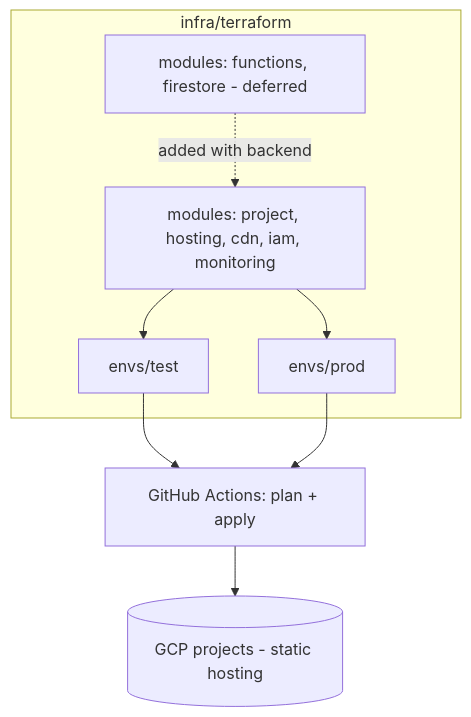
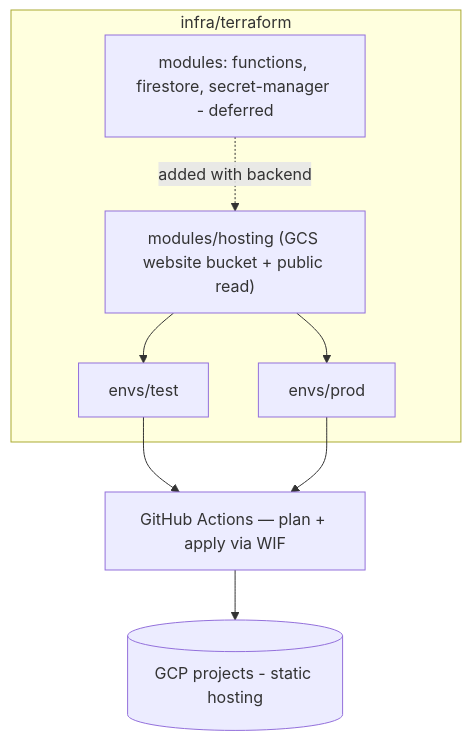
One commit to levijsbris/Bidding-Box changed the ninth of 14 diagrams in docs/ARCHITECTURE.md. Above: the diagram before and after it, drawn with Mermaid. The commit also changed other lines of this file and 4 other files, not shown here.

First line of the commit message:
Revise architecture docs to as-built; refresh C4 + cloud diagrams

````diff
--- a/docs/ARCHITECTURE.md
+++ b/docs/ARCHITECTURE.md
@@ -307,15 +362,15 @@
 ```mermaid
 flowchart TD
     subgraph TF[infra/terraform]
-        Mods[modules: project, hosting, cdn, iam, monitoring]
+        Mod["modules/hosting (GCS website bucket + public read)"]
         Test[envs/test]
         Prod[envs/prod]
-        Later[modules: functions, firestore - deferred]
+        Later["modules: functions, firestore, secret-manager - deferred"]
     end
-    Mods --> Test
-    Mods --> Prod
-    Test --> GA[GitHub Actions: plan + apply]
+    Mod --> Test
+    Mod --> Prod
+    Test --> GA["GitHub Actions — plan + apply via WIF"]
     Prod --> GA
     GA --> GCP[(GCP projects - static hosting)]
-    Later -.->|added with backend| Mods
+    Later -.->|added with backend| Mod
 ```
````
